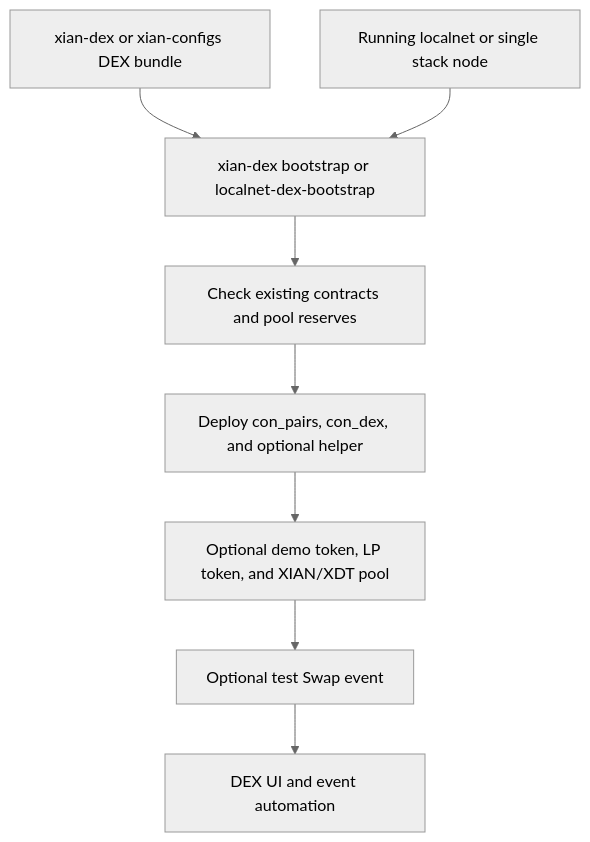
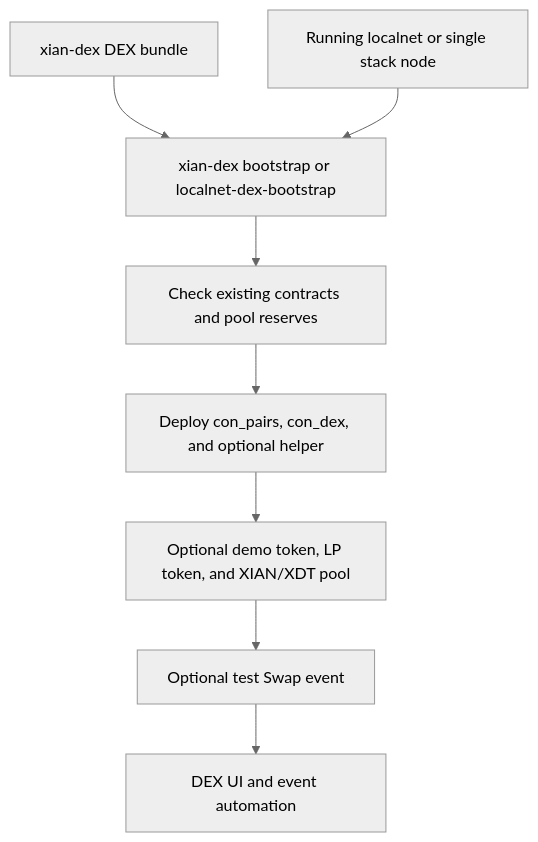
One commit to xian-technology/xian-docs-web changed the diagram in node/local-dex-bootstrap.md. Above: the diagram before and after it, drawn with Mermaid (neutral theme). The commit also changed other lines of this file and 27 other files, not shown here.

````diff
--- a/node/local-dex-bootstrap.md
+++ b/node/local-dex-bootstrap.md
@@ -28,19 +27,19 @@
 ```mermaid
 flowchart TD
-  Bundle["xian-dex or xian-configs DEX bundle"]
+  Bundle["xian-dex DEX bundle"]
   Node["Running localnet or single stack node"]
   Bootstrap["xian-dex bootstrap or localnet-dex-bootstrap"]
   Check["Check existing contracts and pool reserves"]
   Contracts["Deploy con_pairs, con_dex, and optional helper"]
   Demo["Optional demo token, LP token, and XIAN/XDT pool"]
   Event["Optional test Swap event"]
   Consumers["DEX UI and event automation"]
 
   Bundle --> Bootstrap
   Node --> Bootstrap
   Bootstrap --> Check
   Check --> Contracts
   Contracts --> Demo
   Demo --> Event
   Event --> Consumers
 ```
````
